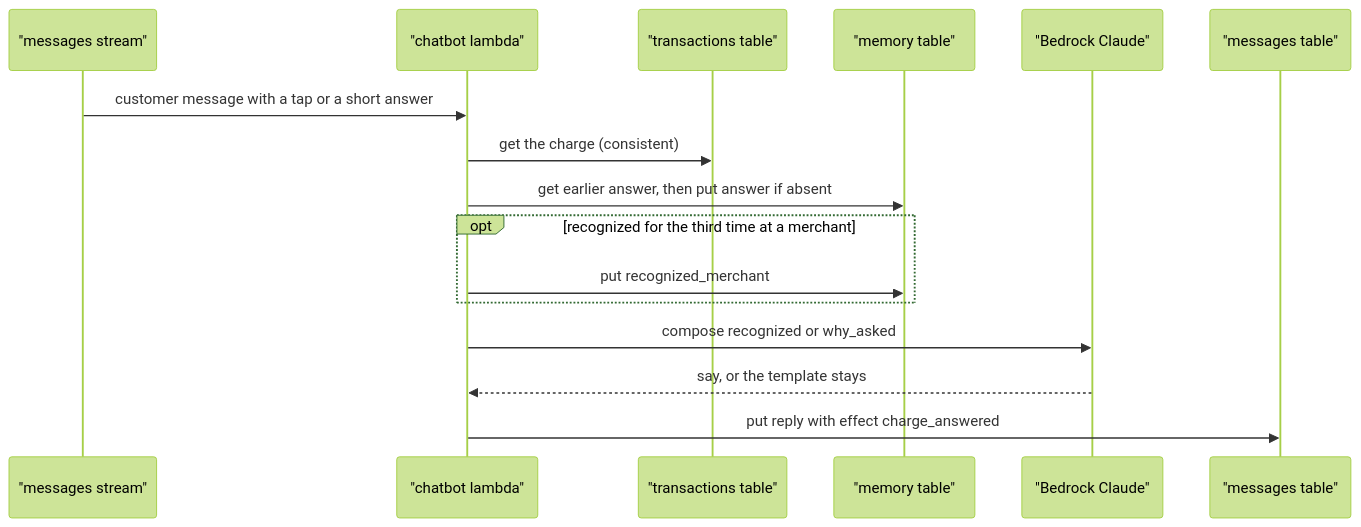
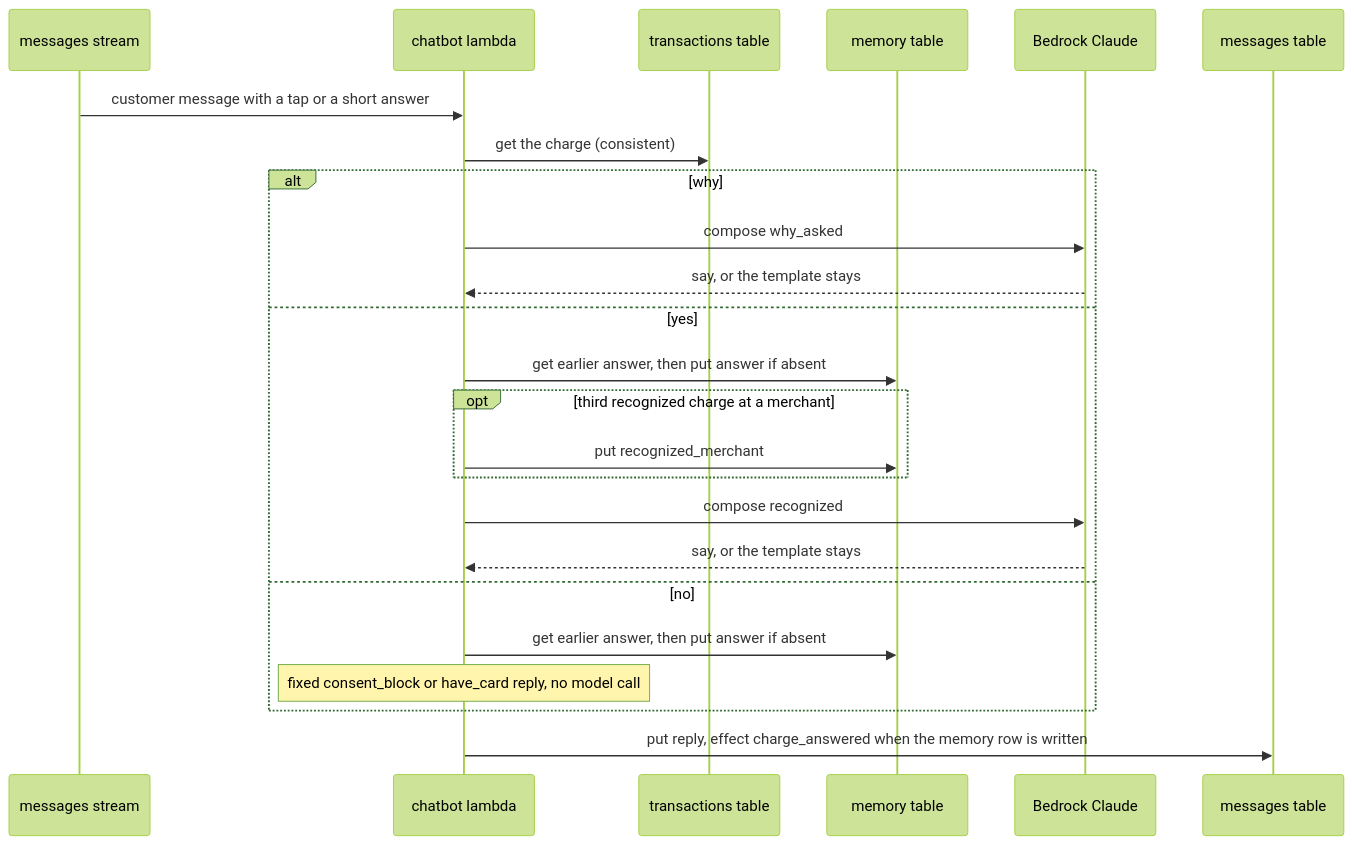
The third of 17 diagrams in docs/modules/assistant/flows.md (Team-ACGS/factored-hackathon-2026-acgs), drawn with Mermaid (forest theme) before and after one commit. The commit also changed other lines of this file and 6 other files, not shown here.

Commit message:
docs(assistant,cases,data,identity,messaging): reviewer findings on flows and readme, round 2

````diff
--- a/docs/modules/assistant/flows.md
+++ b/docs/modules/assistant/flows.md
@@ -127,18 +127,26 @@
 ```mermaid
 sequenceDiagram
-  participant Stream as "messages stream"
-  participant Chatbot as "chatbot lambda"
-  participant Transactions as "transactions table"
-  participant Memory as "memory table"
-  participant Bedrock as "Bedrock Claude"
-  participant Messages as "messages table"
+  participant Stream as messages stream
+  participant Chatbot as chatbot lambda
+  participant Transactions as transactions table
+  participant Memory as memory table
+  participant Bedrock as Bedrock Claude
+  participant Messages as messages table
   Stream->>Chatbot: customer message with a tap or a short answer
   Chatbot->>Transactions: get the charge (consistent)
-  Chatbot->>Memory: get earlier answer, then put answer if absent
-  opt recognized for the third time at a merchant
-    Chatbot->>Memory: put recognized_merchant
+  alt why
+    Chatbot->>Bedrock: compose why_asked
+    Bedrock-->>Chatbot: say, or the template stays
+  else yes
+    Chatbot->>Memory: get earlier answer, then put answer if absent
+    opt third recognized charge at a merchant
+      Chatbot->>Memory: put recognized_merchant
+    end
+    Chatbot->>Bedrock: compose recognized
+    Bedrock-->>Chatbot: say, or the template stays
+  else no
+    Chatbot->>Memory: get earlier answer, then put answer if absent
+    Note over Chatbot: fixed consent_block or have_card reply, no model call
   end
-  Chatbot->>Bedrock: compose recognized or why_asked
-  Bedrock-->>Chatbot: say, or the template stays
-  Chatbot->>Messages: put reply with effect charge_answered
+  Chatbot->>Messages: put reply, effect charge_answered when the memory row is written
 ```
````
